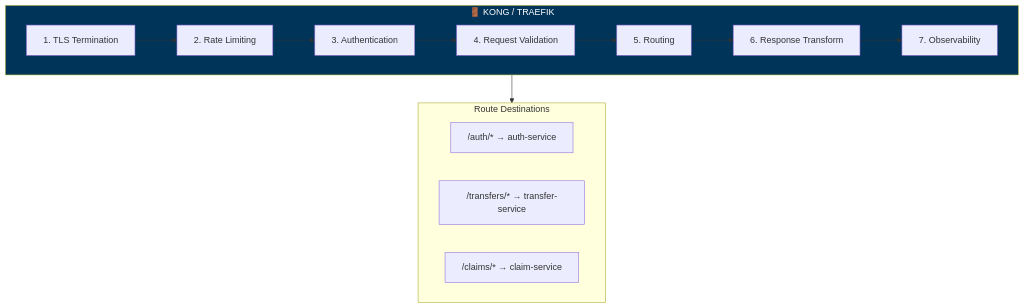
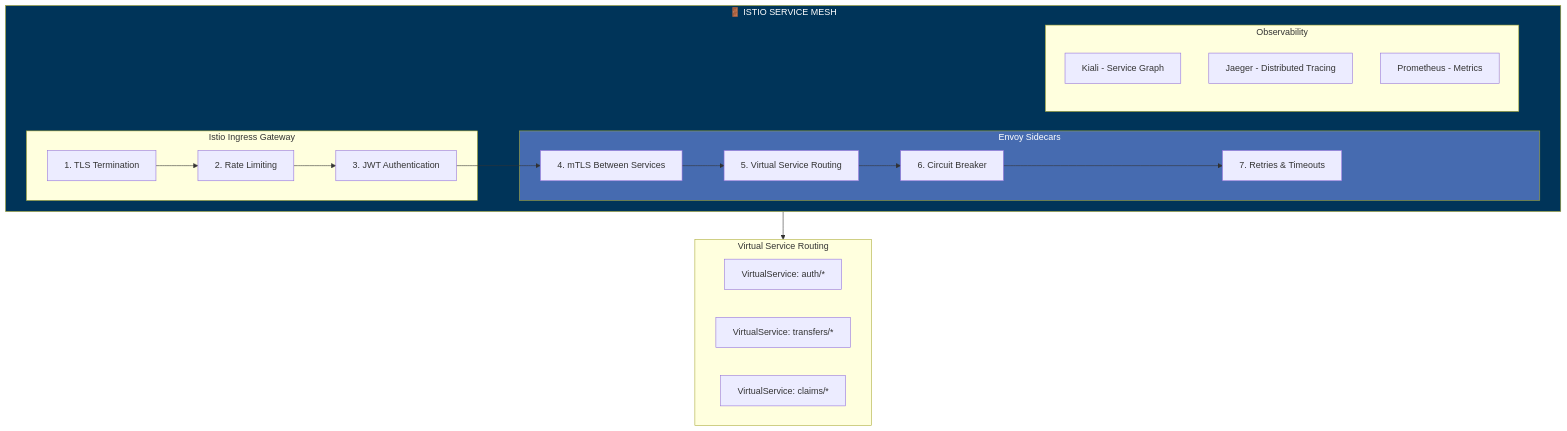
The eighth of 18 diagrams in docs/NFR.md (ping-cash/ping-cash), drawn with Mermaid before and after one commit. The commit also changed other lines of this file and 4 other files, not shown here.

First line of the commit message:
docs: add business model, cash flow docs and update to Istio

````diff
--- a/docs/NFR.md
+++ b/docs/NFR.md
@@ -424,24 +424,36 @@
 ```mermaid
 flowchart TB
-    subgraph Gateway["🚪 KONG / TRAEFIK"]
-        TLS[1. TLS Termination]
-        RL[2. Rate Limiting]
-        Auth[3. Authentication]
-        Val[4. Request Validation]
-        Route[5. Routing]
-        Transform[6. Response Transform]
-        Obs[7. Observability]
+    subgraph Gateway["🚪 ISTIO SERVICE MESH"]
+        subgraph Ingress["Istio Ingress Gateway"]
+            TLS[1. TLS Termination]
+            RL[2. Rate Limiting]
+            Auth[3. JWT Authentication]
+        end
 
-        TLS --> RL --> Auth --> Val --> Route --> Transform --> Obs
+        subgraph Mesh["Envoy Sidecars"]
+            mTLS[4. mTLS Between Services]
+            Route[5. Virtual Service Routing]
+            CB[6. Circuit Breaker]
+            Retry[7. Retries & Timeouts]
+        end
+
+        subgraph Observe["Observability"]
+            Kiali[Kiali - Service Graph]
+            Jaeger[Jaeger - Distributed Tracing]
+            Prom[Prometheus - Metrics]
+        end
+
+        TLS --> RL --> Auth --> mTLS --> Route --> CB --> Retry
     end
 
-    subgraph Routes["Route Destinations"]
-        R1["/auth/* → auth-service"]
-        R2["/transfers/* → transfer-service"]
-        R3["/claims/* → claim-service"]
+    subgraph Routes["Virtual Service Routing"]
+        R1["VirtualService: auth/*"]
+        R2["VirtualService: transfers/*"]
+        R3["VirtualService: claims/*"]
     end
 
     Gateway --> Routes
 
     style Gateway fill:#003459,color:#fff
+    style Mesh fill:#466bb0,color:#fff
 ```
````
